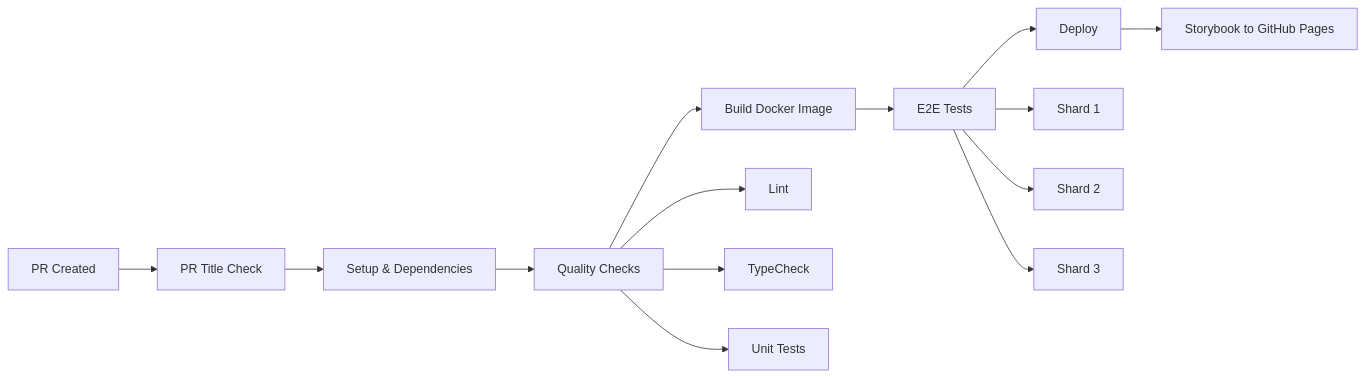
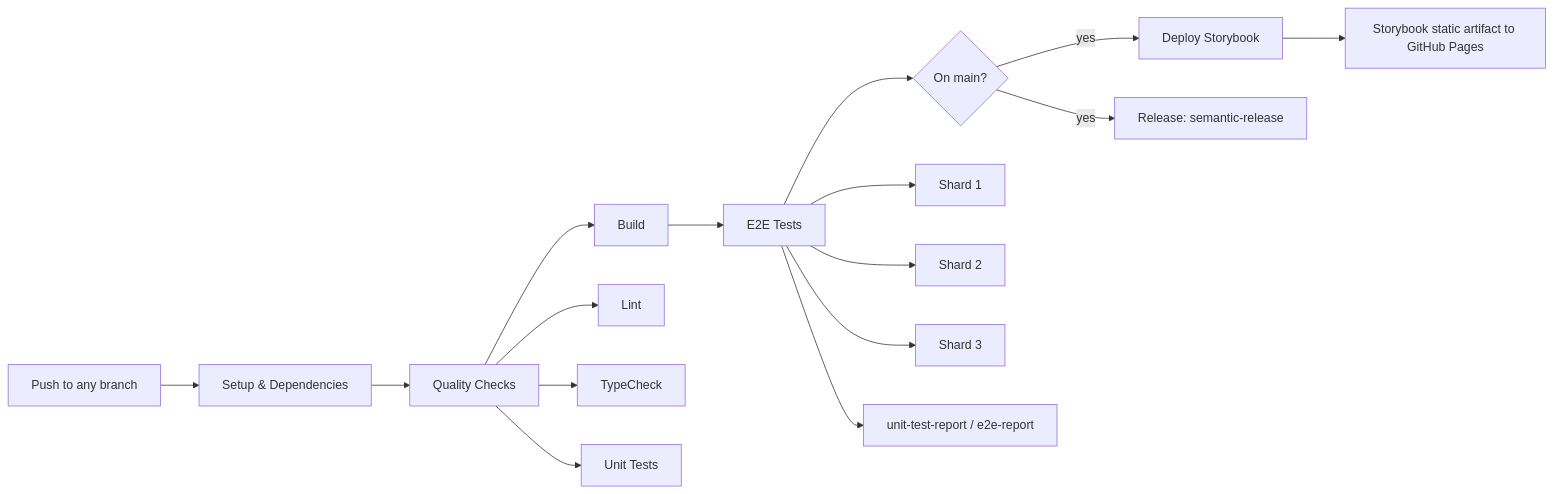
Before and after one commit to wallarm/design-system: the diagram in CI_PLAN.md, drawn with Mermaid. The commit also changed other lines of this file and 6 other files, not shown here.

Commit message:
docs: fix documentation drift against actual CI/CD, release, and versioning setup (#213)

````diff
--- a/CI_PLAN.md
+++ b/CI_PLAN.md
@@ -18,19 +20,21 @@
 ```mermaid
 flowchart LR
-    A[PR Created] --> B[PR Title Check]
-    B --> C[Setup & Dependencies]
+    A[Push to any branch] --> C[Setup & Dependencies]
     C --> D[Quality Checks]
-    D --> E[Build Docker Image]
+    D --> E[Build]
     E --> F[E2E Tests]
-    F --> G[Deploy]
+    F --> R{On main?}
+    R -->|yes| G[Deploy Storybook]
+    R -->|yes| S[Release: semantic-release]
 
     D --> D1[Lint]
     D --> D2[TypeCheck]
     D --> D3[Unit Tests]
 
     F --> F1[Shard 1]
     F --> F2[Shard 2]
     F --> F3[Shard 3]
+    F --> F4[unit-test-report / e2e-report]
 
-    G --> G1[Storybook to GitHub Pages]
+    G --> G1[Storybook static artifact to GitHub Pages]
 ```
````
